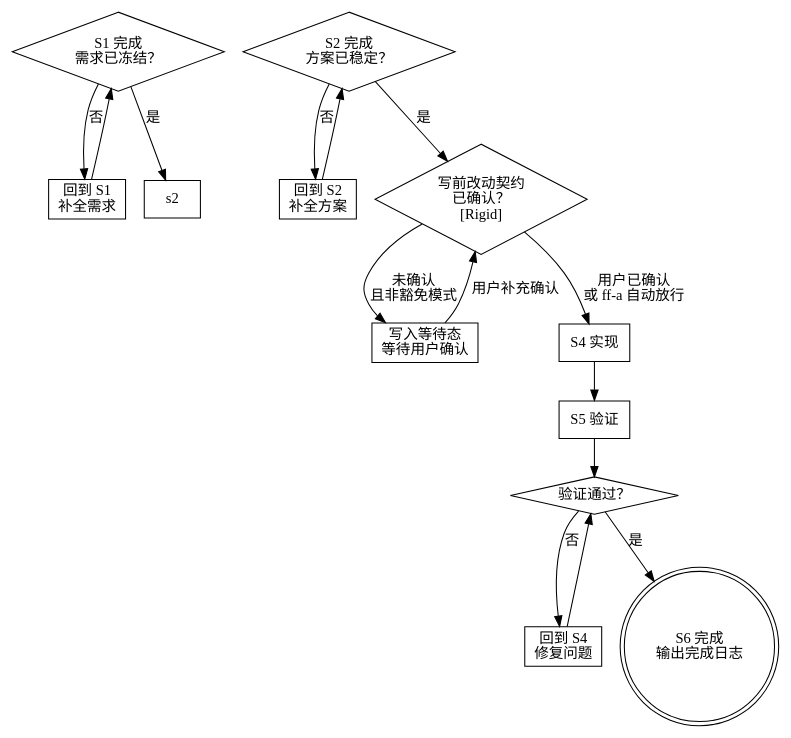
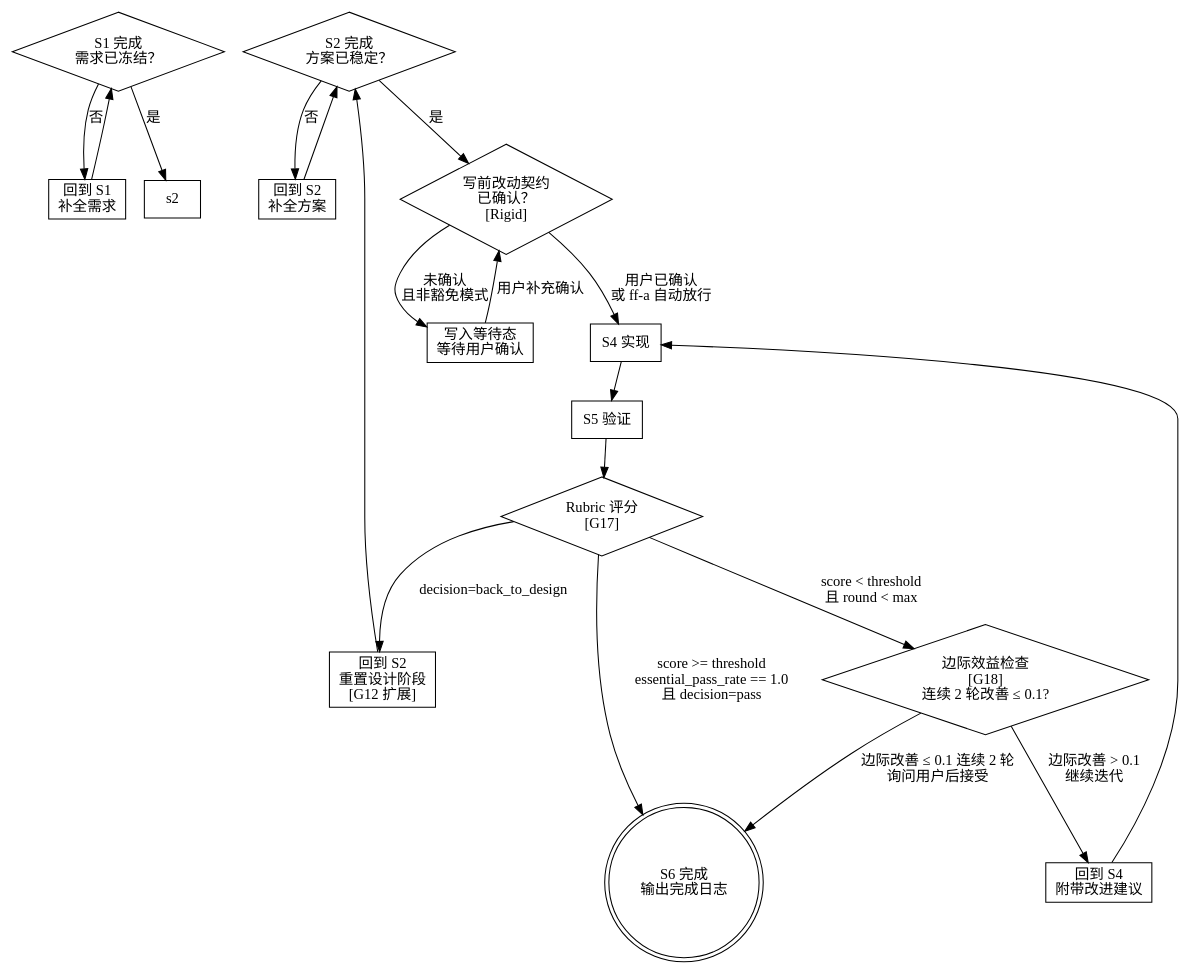
Before and after one commit to lbyxunxunnini/flutter-forge: the second of 3 diagrams in references/workflow_diagram.md, drawn with Graphviz. The commit also changed other lines of this file and 16 other files, not shown here.

````diff
--- a/references/workflow_diagram.md
+++ b/references/workflow_diagram.md
@@ -97,40 +115,46 @@
 ```dot
 digraph phase_gates {
     rankdir=TB;
     node [shape=box];
 
     s1_done [label="S1 完成\n需求已冻结？" shape=diamond];
     s1_block [label="回到 S1\n补全需求" shape=box];
 
     s2_done [label="S2 完成\n方案已稳定？" shape=diamond];
     s2_block [label="回到 S2\n补全方案" shape=box];
 
     contract [label="写前改动契约\n已确认？\n[Rigid]" shape=diamond];
     contract_wait [label="写入等待态\n等待用户确认" shape=box];
 
     s4_impl [label="S4 实现"];
     s4_verify [label="S5 验证"];
-    s4_pass [label="验证通过？" shape=diamond];
-    s4_fail [label="回到 S4\n修复问题" shape=box];
+    s4_pass [label="Rubric 评分\n[G17]" shape=diamond];
+    s4_fail [label="回到 S4\n附带改进建议" shape=box];
+    s_back_design [label="回到 S2\n重置设计阶段\n[G12 扩展]" shape=box];
+    s_iter_stall [label="边际效益检查\n[G18]\n连续 2 轮改善 ≤ 0.1?" shape=diamond];
 
     done [label="S6 完成\n输出完成日志" shape=doublecircle];
 
     s1_done -> s2 [label="是"];
     s1_done -> s1_block [label="否"];
     s1_block -> s1_done;
 
     s2_done -> contract [label="是"];
     s2_done -> s2_block [label="否"];
     s2_block -> s2_done;
 
     contract -> s4_impl [label="用户已确认\n或 ff-a 自动放行"];
     contract -> contract_wait [label="未确认\n且非豁免模式"];
     contract_wait -> contract [label="用户补充确认"];
 
     s4_impl -> s4_verify;
     s4_verify -> s4_pass;
-    s4_pass -> done [label="是"];
-    s4_pass -> s4_fail [label="否"];
-    s4_fail -> s4_pass;
+    s4_pass -> done [label="score >= threshold\nessential_pass_rate == 1.0\n且 decision=pass"];
+    s4_pass -> s_back_design [label="decision=back_to_design"];
+    s_back_design -> s2_done;
+    s4_pass -> s_iter_stall [label="score < threshold\n且 round < max"];
+    s_iter_stall -> s4_fail [label="边际改善 > 0.1\n继续迭代"];
+    s_iter_stall -> done [label="边际改善 ≤ 0.1 连续 2 轮\n询问用户后接受"];
+    s4_fail -> s4_impl;
 }
 ```
````
